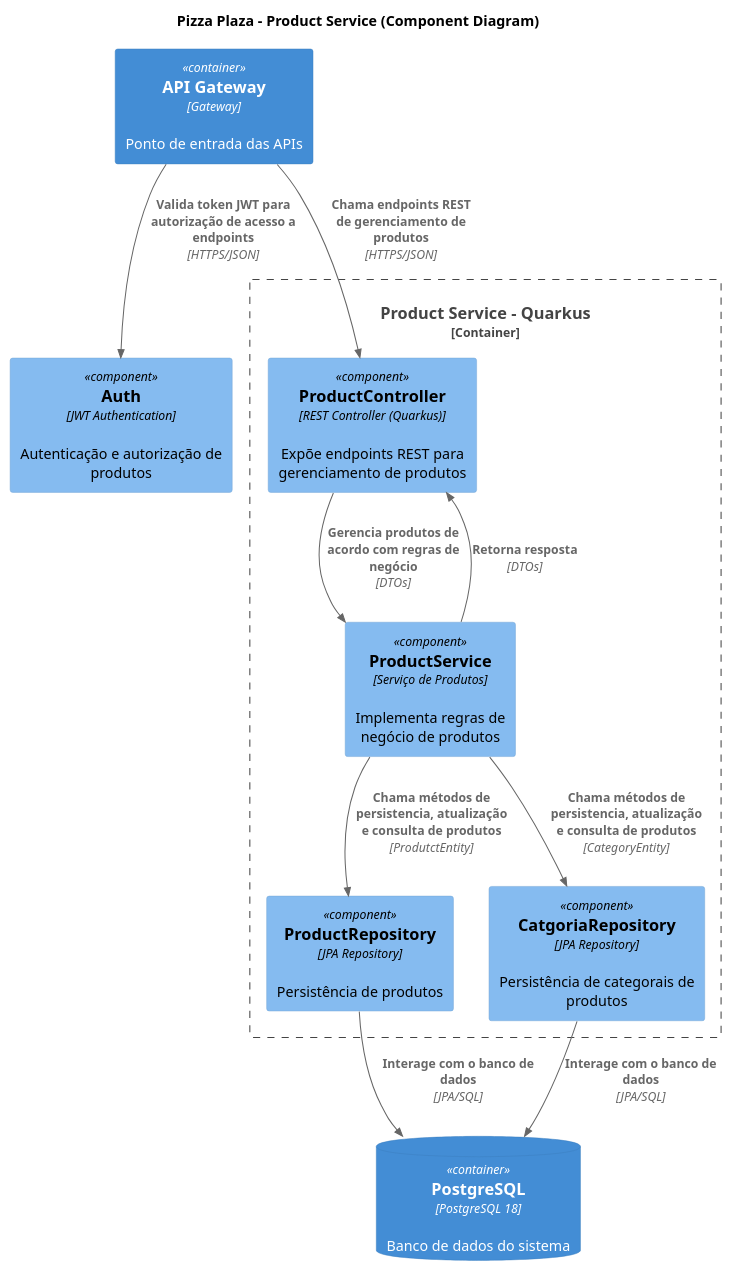
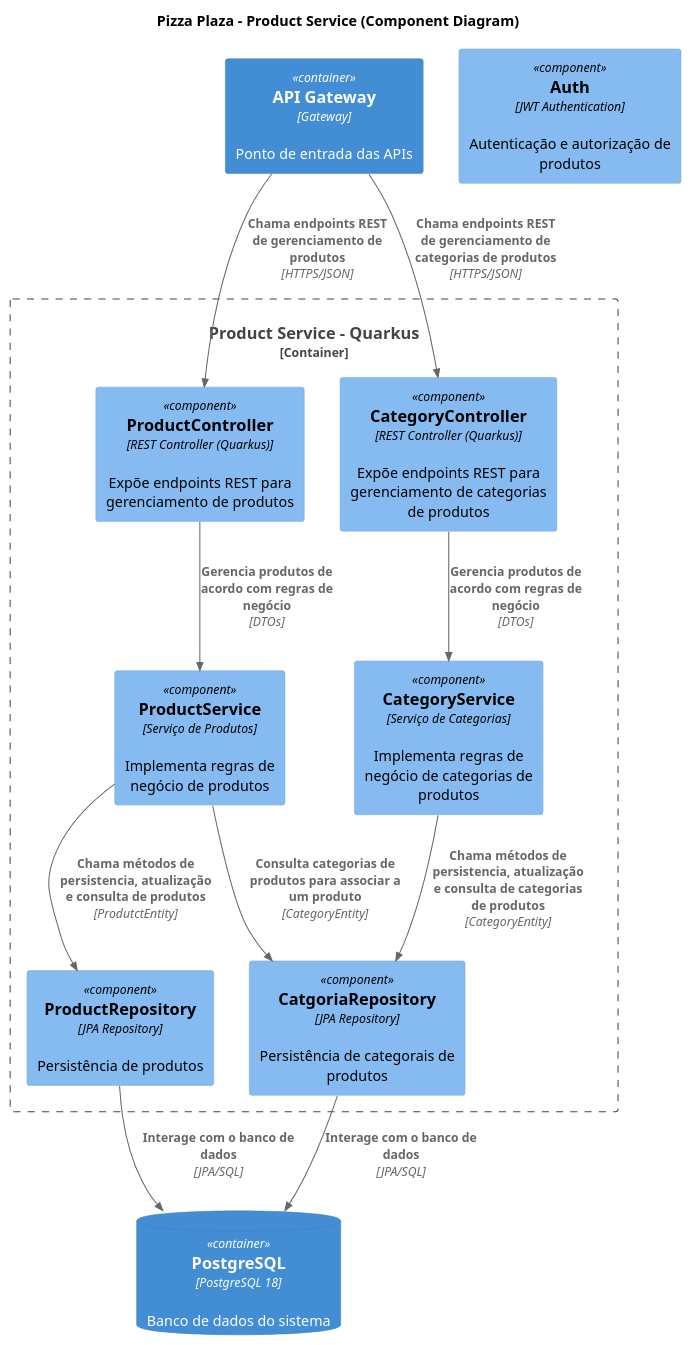
The diagram in docs/c4/Components/product_service.puml (Luis-Fernando-Pereira/pizzaplaza), drawn with PlantUML before and after one commit.

Commit message:
Ajustado modelo C3 de product service

```diff
--- a/docs/c4/Components/product_service.puml
+++ b/docs/c4/Components/product_service.puml
@@ -1,33 +1,41 @@
 @startuml C4_Component_ProductService
 !include https://raw.githubusercontent.com/plantuml-stdlib/C4-PlantUML/master/C4_Component.puml
 
 title Pizza Plaza - Product Service (Component Diagram)
 
 Container(api_gateway, "API Gateway", "Gateway", "Ponto de entrada das APIs")
 
 Container_Boundary(product_microsservice, "Product Service - Quarkus") {
 
     Component(product_controller, "ProductController", "REST Controller (Quarkus)","Expõe endpoints REST para gerenciamento de produtos")
 
+    Component(category_controller, "CategoryController", "REST Controller (Quarkus)", "Expõe endpoints REST para gerenciamento de categorias de produtos")
+
     Component(product_service, "ProductService", "Serviço de Produtos","Implementa regras de negócio de produtos")
+
+    Component(category_service, "CategoryService", "Serviço de Categorias","Implementa regras de negócio de categorias de produtos")
 
     Component(product_repository, "ProductRepository", "JPA Repository","Persistência de produtos")
 
     Component(categoria_repository, "CatgoriaRepository", "JPA Repository","Persistência de categorais de produtos")
 
 }
 
 Component(auth, "Auth", "JWT Authentication","Autenticação e autorização de produtos")
 ContainerDb(database, "PostgreSQL", "PostgreSQL 18", "Banco de dados do sistema")
 
 Rel(api_gateway, product_controller, "Chama endpoints REST de gerenciamento de produtos", "HTTPS/JSON")
+Rel(api_gateway, category_controller, "Chama endpoints REST de gerenciamento de categorias de produtos", "HTTPS/JSON")
+
 Rel(product_controller, product_service, "Gerencia produtos de acordo com regras de negócio", "DTOs")
-Rel(product_service, product_controller, "Retorna resposta", "DTOs")
-Rel(api_gateway, auth, "Valida token JWT para autorização de acesso a endpoints", "HTTPS/JSON")
+Rel(category_controller, category_service, "Gerencia produtos de acordo com regras de negócio", "DTOs")
+
+Rel(category_service, categoria_repository, "Chama métodos de persistencia, atualização e consulta de categorias de produtos", "CategoryEntity")
 Rel(product_service, product_repository, "Chama métodos de persistencia, atualização e consulta de produtos", "ProdutctEntity")
-Rel(product_service, categoria_repository, "Chama métodos de persistencia, atualização e consulta de produtos", "CategoryEntity")
+Rel(product_service, categoria_repository, "Consulta categorias de produtos para associar a um produto", "CategoryEntity")
+
 Rel(categoria_repository, database, "Interage com o banco de dados", "JPA/SQL")
 Rel(product_repository, database, "Interage com o banco de dados", "JPA/SQL")
 
 
 @enduml
```
